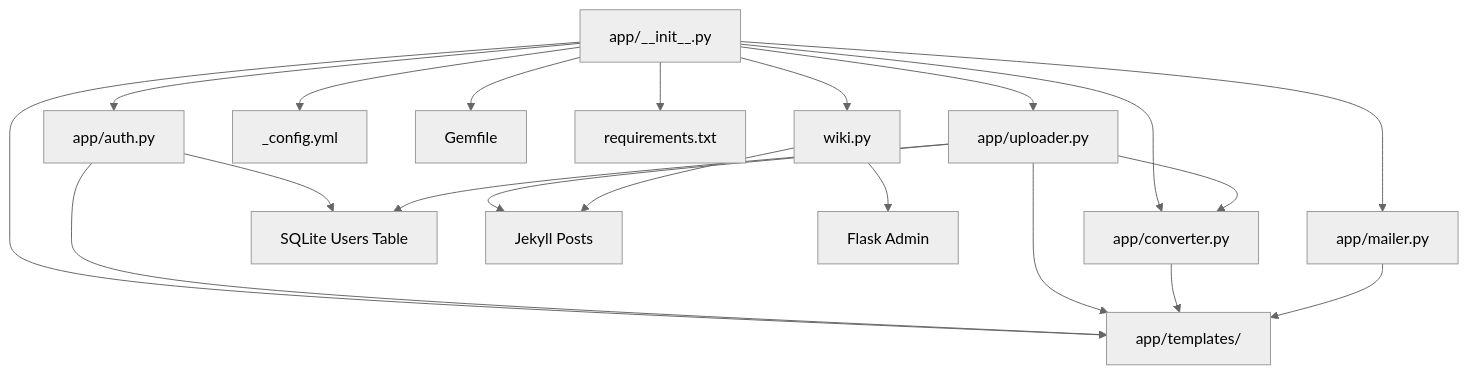
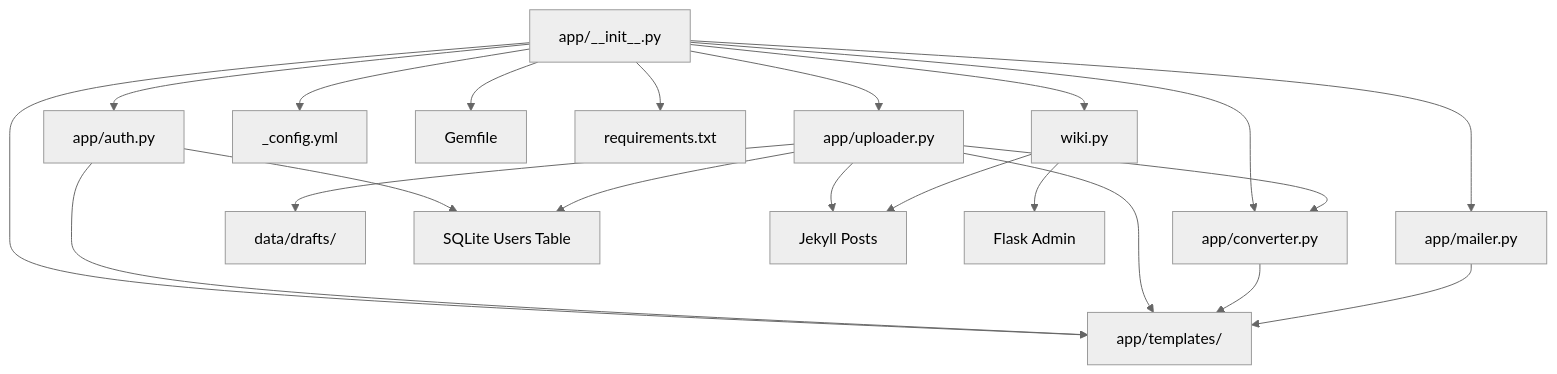
One commit to PolarisW007/PolaZhenJing changed the eighth of 8 diagrams in .qoder/repowiki/en/content/Backend Application/Application Architecture.md. Above: the diagram before and after it, drawn with Mermaid (neutral theme). The commit also changed other lines of this file and 8 other files, not shown here.

````diff
--- a/.qoder/repowiki/en/content/Backend Application/Application Architecture.md
+++ b/.qoder/repowiki/en/content/Backend Application/Application Architecture.md
@@ -382,32 +402,34 @@
 ```mermaid
 graph TB
 APP["app/__init__.py"]
 AUTH["app/auth.py"]
 UP["app/uploader.py"]
 CONV["app/converter.py"]
 MAIL["app/mailer.py"]
 TPL["app/templates/"]
 CFG["_config.yml"]
 GEM["Gemfile"]
 REQ["requirements.txt"]
 WIKI["wiki.py"]
+DRAFT["data/drafts/"]
 APP --> AUTH
 APP --> UP
 APP --> CONV
 APP --> MAIL
 APP --> TPL
 APP --> CFG
 APP --> GEM
 APP --> REQ
 APP --> WIKI
 AUTH --> DB["SQLite Users Table"]
 UP --> DB
+UP --> DRAFT
 UP --> CONV
 UP --> JEKYLL["Jekyll Posts"]
 AUTH --> TPL
 UP --> TPL
 CONV --> TPL
 MAIL --> TPL
 WIKI --> JEKYLL
 WIKI --> FLASK["Flask Admin"]
 ```
````
